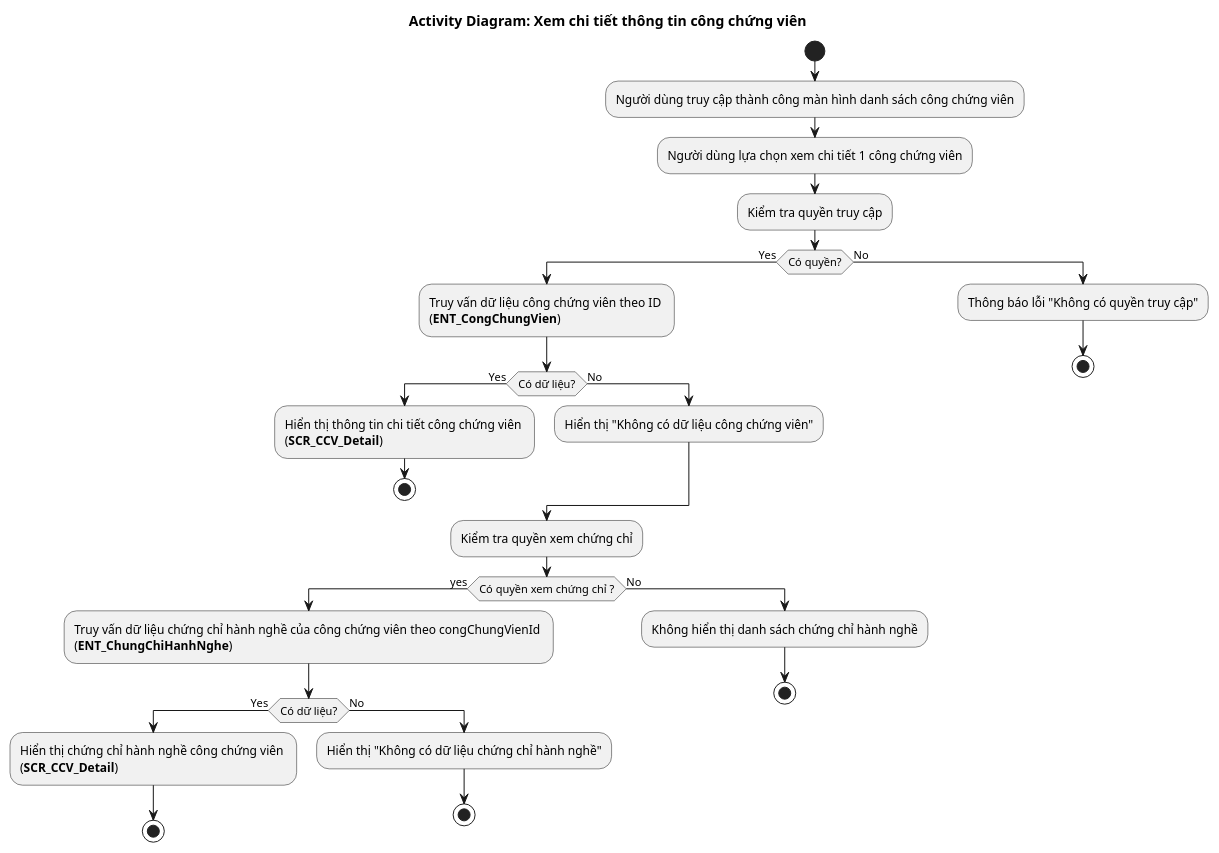
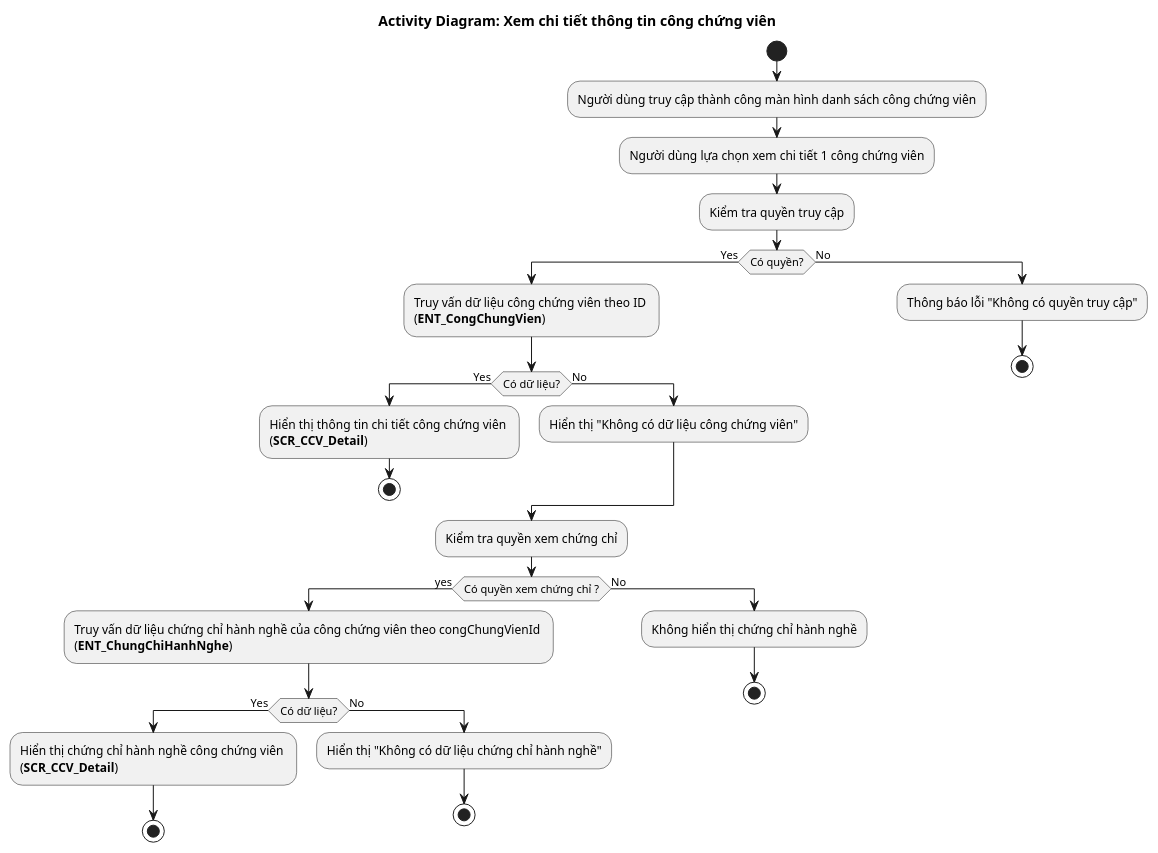
The diagram in ba/[NDS-E-00046] Quản lý thông tin công chứng viên/4.usecases/[NDS-U-00048] XemChiTiet/AD_CCV_Detail.puml (phuongpm23/nds-docs-test), drawn with PlantUML before and after one commit. The commit also changed 16 other files, not shown here.

```diff
--- a/ba/[NDS-E-00046] Quản lý thông tin công chứng viên/4.usecases/[NDS-U-00048] XemChiTiet/AD_CCV_Detail.puml
+++ b/ba/[NDS-E-00046] Quản lý thông tin công chứng viên/4.usecases/[NDS-U-00048] XemChiTiet/AD_CCV_Detail.puml
@@ -1,35 +1,35 @@
 @startuml AD_CCV_Detail
 !pragma layout smetana
 title Activity Diagram: Xem chi tiết thông tin công chứng viên
 
 start
 :Người dùng truy cập thành công màn hình danh sách công chứng viên;
 :Người dùng lựa chọn xem chi tiết 1 công chứng viên;
 :Kiểm tra quyền truy cập;
 if (Có quyền?) then (Yes)
   :Truy vấn dữ liệu công chứng viên theo ID \n(**ENT_CongChungVien**);
   if (Có dữ liệu?) then (Yes)
     :Hiển thị thông tin chi tiết công chứng viên \n(**SCR_CCV_Detail**);
     stop
   else (No)
     :Hiển thị "Không có dữ liệu công chứng viên";
   endif
   :Kiểm tra quyền xem chứng chỉ;
   if (Có quyền xem chứng chỉ ?) then (yes)
   :Truy vấn dữ liệu chứng chỉ hành nghề của công chứng viên theo congChungVienId \n(**ENT_ChungChiHanhNghe**);
     if (Có dữ liệu?) then (Yes)
       :Hiển thị chứng chỉ hành nghề công chứng viên \n(**SCR_CCV_Detail**);
       stop
     else (No)
       :Hiển thị "Không có dữ liệu chứng chỉ hành nghề";
       stop
     endif  
   else (No)
-    :Không hiển thị danh sách chứng chỉ hành nghề;
+    :Không hiển thị chứng chỉ hành nghề;
     stop
   endif
 else (No)
   :Thông báo lỗi "Không có quyền truy cập";
   stop
 endif
 @enduml
```
